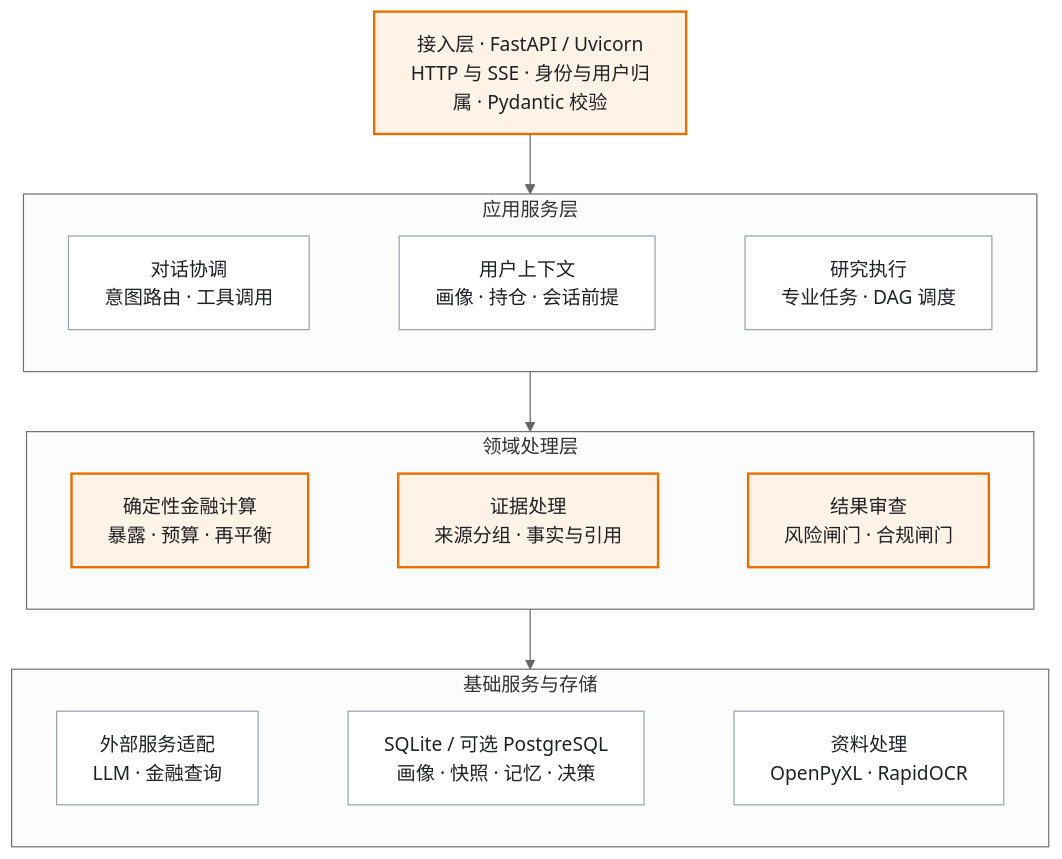
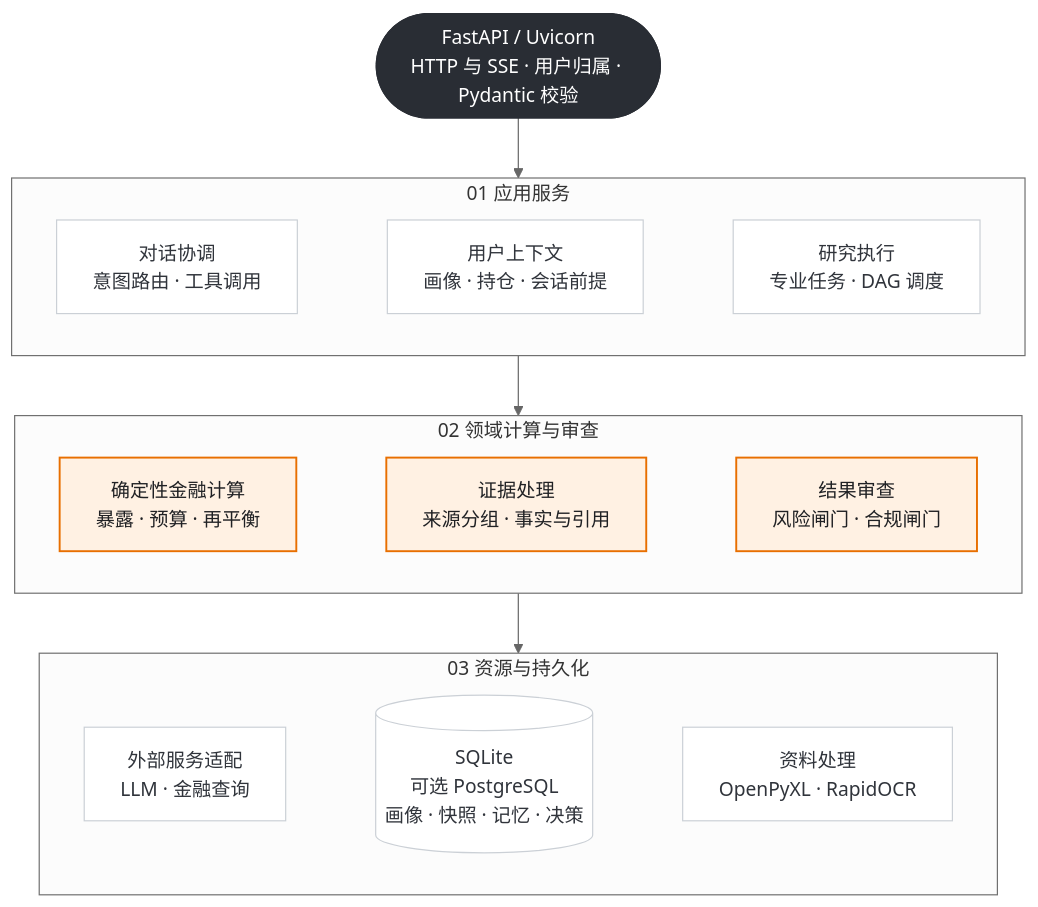
The diagram in docs/submission/figures/backend-framework.mmd (1917173927/prism), drawn with Mermaid (neutral theme) before and after one commit. The commit also changed 15 other files, not shown here.

Commit message:
docs: 优化技术流程图的布局与视觉层级

```diff
--- a/docs/submission/figures/backend-framework.mmd
+++ b/docs/submission/figures/backend-framework.mmd
@@ -1,29 +1,31 @@
 flowchart TD
-  access["接入层 · FastAPI / Uvicorn<br/>HTTP 与 SSE · 身份与用户归属 · Pydantic 校验"] --> services
-  subgraph services[应用服务层]
+  access(["FastAPI / Uvicorn<br/>HTTP 与 SSE · 用户归属 · Pydantic 校验"]) --> services
+  subgraph services[01  应用服务]
     direction LR
     dialogue["对话协调<br/>意图路由 · 工具调用"]
     context["用户上下文<br/>画像 · 持仓 · 会话前提"]
     research["研究执行<br/>专业任务 · DAG 调度"]
     dialogue ~~~ context ~~~ research
   end
   services --> domain
-  subgraph domain[领域处理层]
+  subgraph domain[02  领域计算与审查]
     direction LR
     calc["确定性金融计算<br/>暴露 · 预算 · 再平衡"]
     evidence["证据处理<br/>来源分组 · 事实与引用"]
     gates["结果审查<br/>风险闸门 · 合规闸门"]
     calc ~~~ evidence ~~~ gates
   end
   domain --> infrastructure
-  subgraph infrastructure[基础服务与存储]
+  subgraph infrastructure[03  资源与持久化]
     direction LR
     providers["外部服务适配<br/>LLM · 金融查询"]
-    storage["SQLite / 可选 PostgreSQL<br/>画像 · 快照 · 记忆 · 决策"]
+    storage[("SQLite<br/>可选 PostgreSQL<br/>画像 · 快照 · 记忆 · 决策")]
     imports["资料处理<br/>OpenPyXL · RapidOCR"]
     providers ~~~ storage ~~~ imports
   end
-  classDef accent fill:#fff3e8,stroke:#e86f00,color:#202124,stroke-width:2px
-  classDef base fill:#ffffff,stroke:#9aa1aa,color:#202124
-  class access,calc,evidence,gates accent
+  classDef accent fill:#fff1e3,stroke:#e86f00,color:#202124,stroke-width:1.6px
+  classDef base fill:#ffffff,stroke:#cbd0d6,color:#30343b
+  classDef dark fill:#292d34,stroke:#292d34,color:#ffffff
+  class access dark
+  class calc,evidence,gates accent
   class dialogue,context,research,providers,storage,imports base
```
